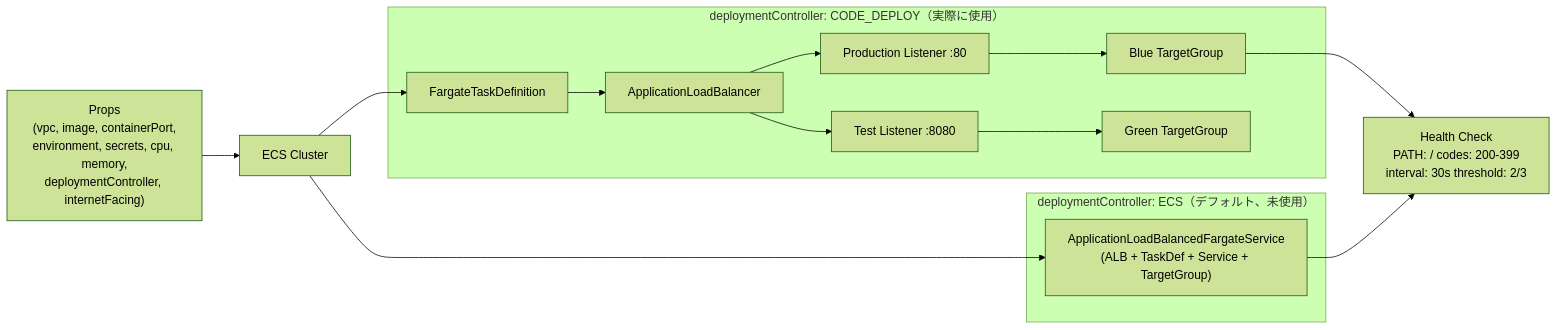
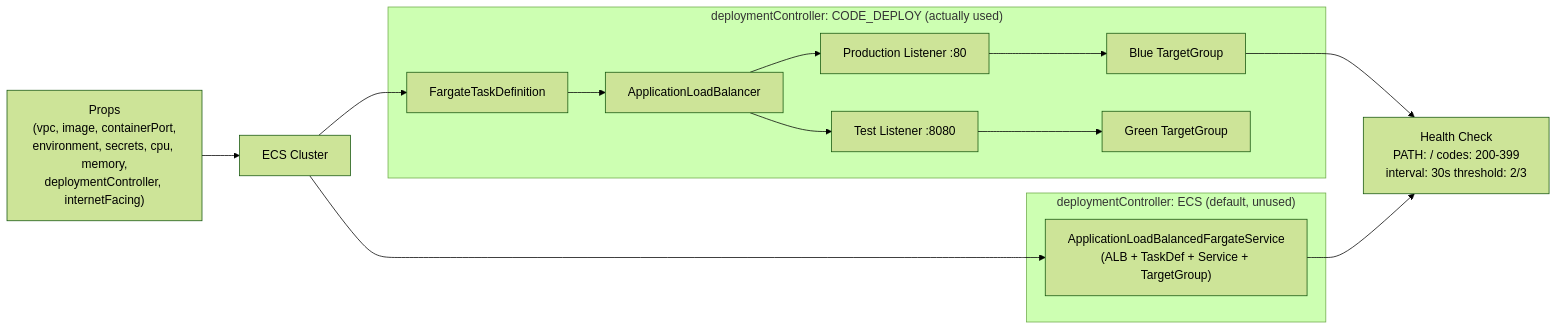
The fifth of 5 diagrams in docs/infra-architecture.md (kenwoo9y/forge-ts), drawn with Mermaid (forest theme) before and after one commit. The commit also changed other lines of this file and 10 other files, not shown here.

````diff
--- a/docs/infra-architecture.md
+++ b/docs/infra-architecture.md
@@ -306,26 +306,26 @@
 ```mermaid
 graph LR
     Props["Props\n(vpc, image, containerPort,\nenvironment, secrets, cpu, memory,\ndeploymentController, internetFacing)"]
     Cluster["ECS Cluster"]
 
-    subgraph CodeDeployBranch["deploymentController: CODE_DEPLOY（実際に使用）"]
+    subgraph CodeDeployBranch["deploymentController: CODE_DEPLOY (actually used)"]
         TaskDef["FargateTaskDefinition"]
         ALB["ApplicationLoadBalancer"]
         ProdListener["Production Listener :80"] --> BlueTG["Blue TargetGroup"]
         TestListener["Test Listener :8080"] --> GreenTG["Green TargetGroup"]
     end
 
-    subgraph EcsBranch["deploymentController: ECS（デフォルト、未使用）"]
+    subgraph EcsBranch["deploymentController: ECS (default, unused)"]
         AlbFs["ApplicationLoadBalancedFargateService\n(ALB + TaskDef + Service + TargetGroup)"]
     end
 
     HC["Health Check\nPATH: /  codes: 200-399\ninterval: 30s  threshold: 2/3"]
 
     Props --> Cluster
     Cluster --> TaskDef --> ALB
     ALB --> ProdListener
     ALB --> TestListener
     Cluster --> AlbFs
     BlueTG --> HC
     AlbFs --> HC
 ```
````
